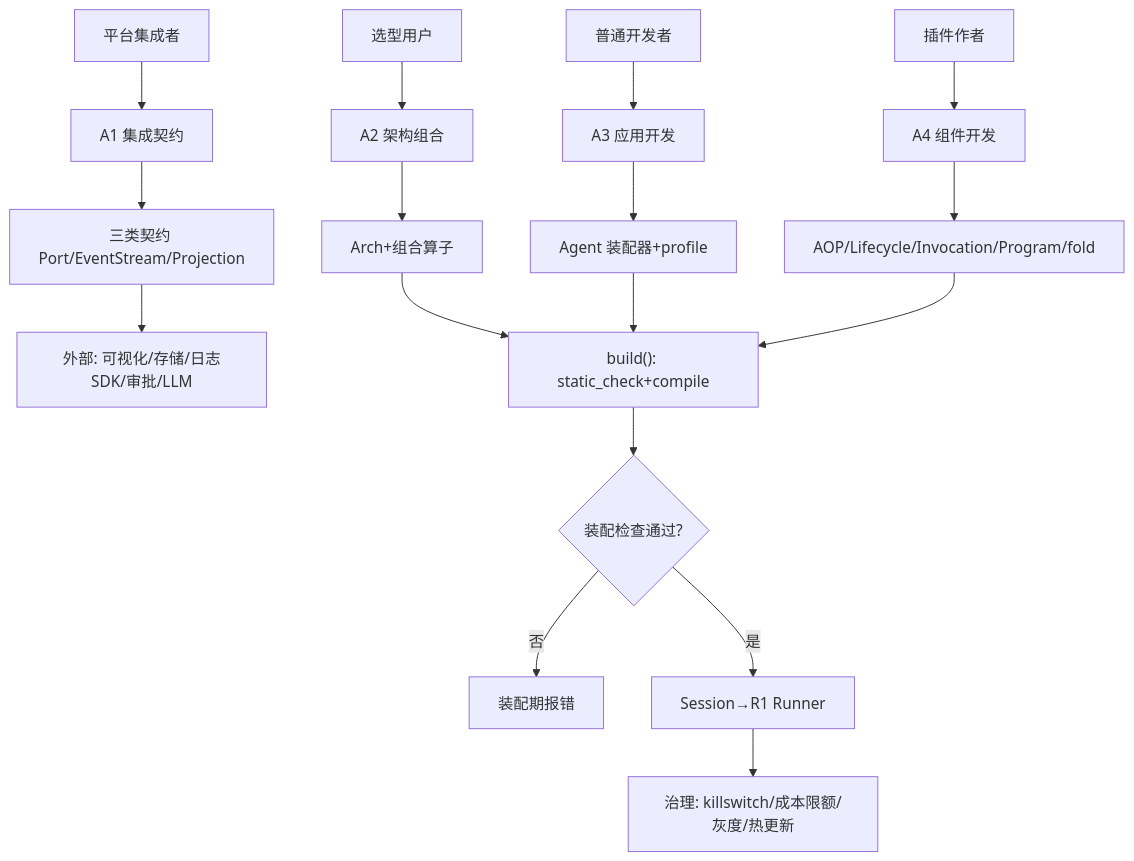
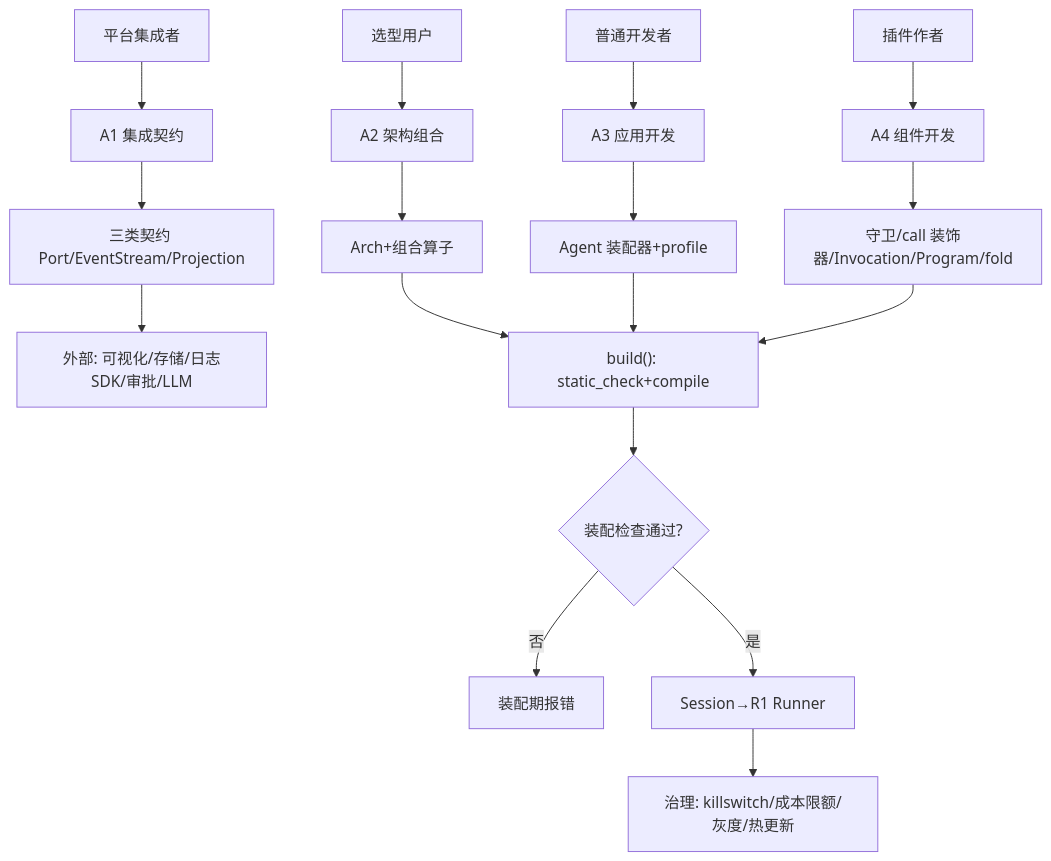
One commit to sao-lang/lll changed the diagram in docs/02-模块详设/Agent/R11-集成接入与治理.md. Above: the diagram before and after it, drawn with Mermaid. The commit also changed other lines of this file and 91 other files, not shown here.

````diff
--- a/docs/02-模块详设/Agent/R11-集成接入与治理.md
+++ b/docs/02-模块详设/Agent/R11-集成接入与治理.md
@@ -24,19 +24,19 @@
 ```mermaid
 flowchart TD
     U1["平台集成者"] --> A1["A1 集成契约"]
     U2["选型用户"] --> A2["A2 架构组合"]
     U3["普通开发者"] --> A3["A3 应用开发"]
     U4["插件作者"] --> A4["A4 组件开发"]
     A1 --> P["三类契约 Port/EventStream/Projection"]
     A2 --> AG["Arch+组合算子"]
     A3 --> AB["Agent 装配器+profile"]
-    A4 --> LOW["AOP/Lifecycle/Invocation/Program/fold"]
+    A4 --> LOW["守卫/call 装饰器/Invocation/Program/fold"]
     P --> EXT["外部: 可视化/存储/日志SDK/审批/LLM"]
     AG --> BUILD
     AB --> BUILD
     LOW --> BUILD["build(): static_check+compile"]
     BUILD --> CHK{"装配检查通过?"}
     CHK -->|否| ERR["装配期报错"]
     CHK -->|是| SESS["Session→R1 Runner"]
     SESS --> GOV["治理: killswitch/成本限额/灰度/热更新"]
 ```
````
